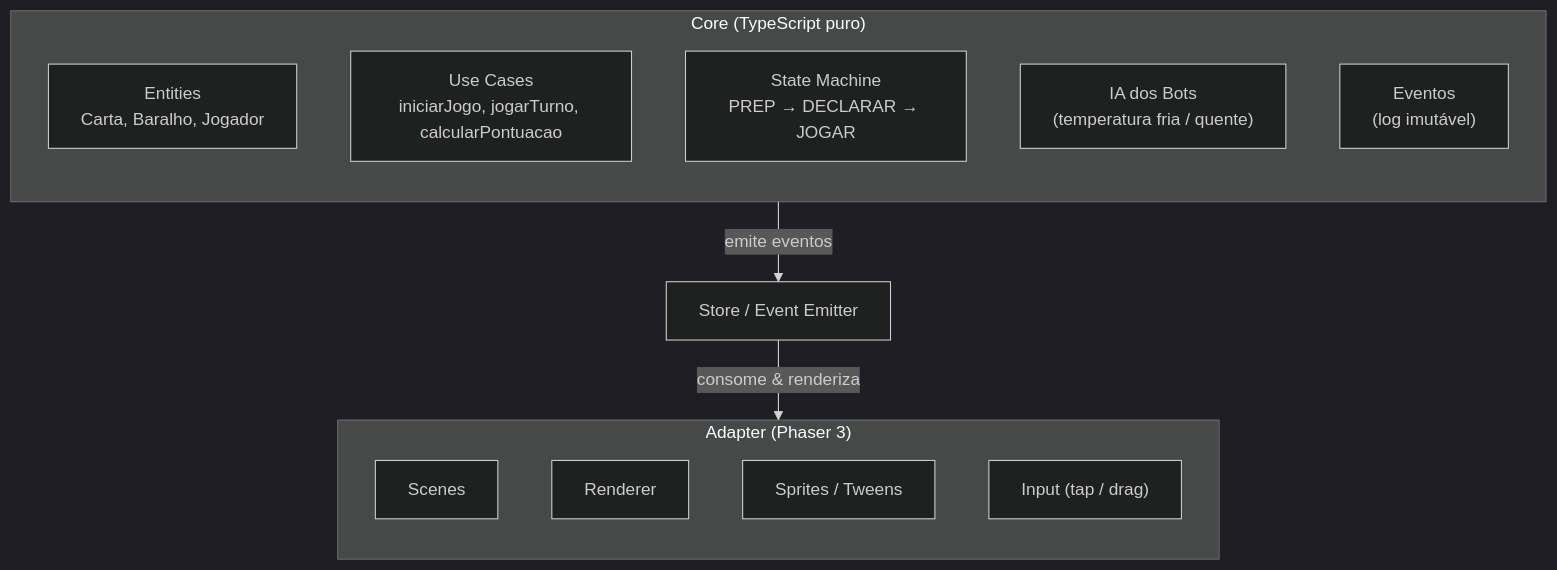
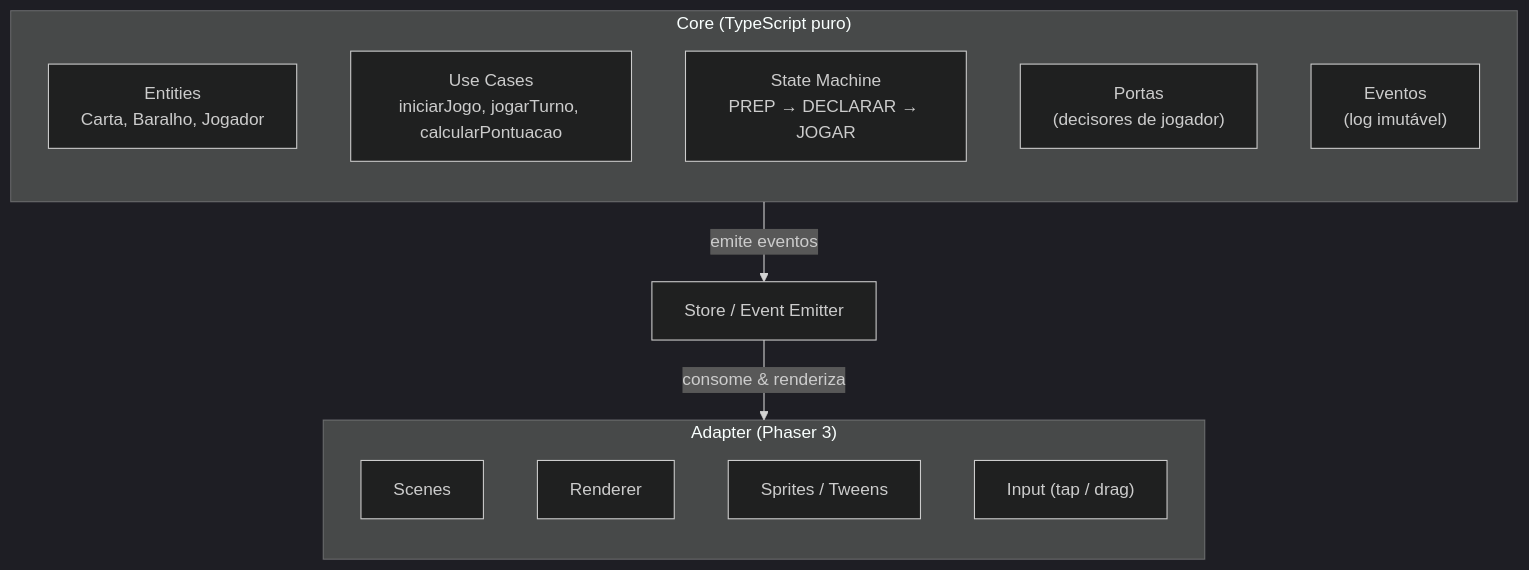
The first of 2 diagrams in ARQUITETURA.md (Dhinihan/fdp-online), drawn with Mermaid (dark theme) before and after one commit. The commit also changed other lines of this file and 1 other file, not shown here.

First line of the commit message:
Refine bot architecture and domain glossary

````diff
--- a/ARQUITETURA.md
+++ b/ARQUITETURA.md
@@ -40,24 +40,24 @@
 ```mermaid
 flowchart TB
     subgraph Adapter["Adapter (Phaser 3)"]
         direction TB
         Scenes["Scenes"]
         Render["Renderer"]
         Sprites["Sprites / Tweens"]
         Input["Input (tap / drag)"]
     end
 
     Store["Store / Event Emitter"]
 
     subgraph Core["Core (TypeScript puro)"]
         direction TB
         Entities["Entities<br/>Carta, Baralho, Jogador"]
         UseCases["Use Cases<br/>iniciarJogo, jogarTurno, calcularPontuacao"]
         StateMachine["State Machine<br/>PREP → DECLARAR → JOGAR"]
-        IA["IA dos Bots<br/>(temperatura fria / quente)"]
+        Portas["Portas<br/>(decisores de jogador)"]
         Eventos["Eventos<br/>(log imutável)"]
     end
 
     Core -->|"emite eventos"| Store
     Store -->|"consome & renderiza"| Adapter
 ```
````
